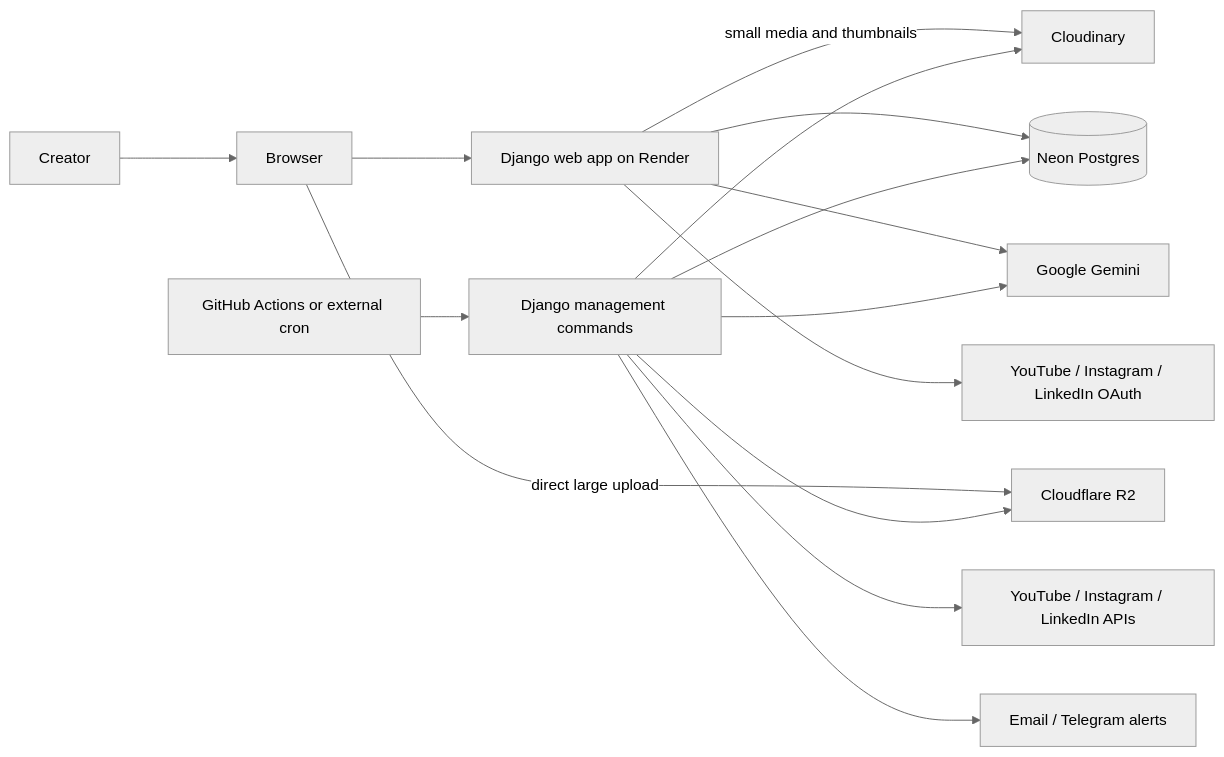
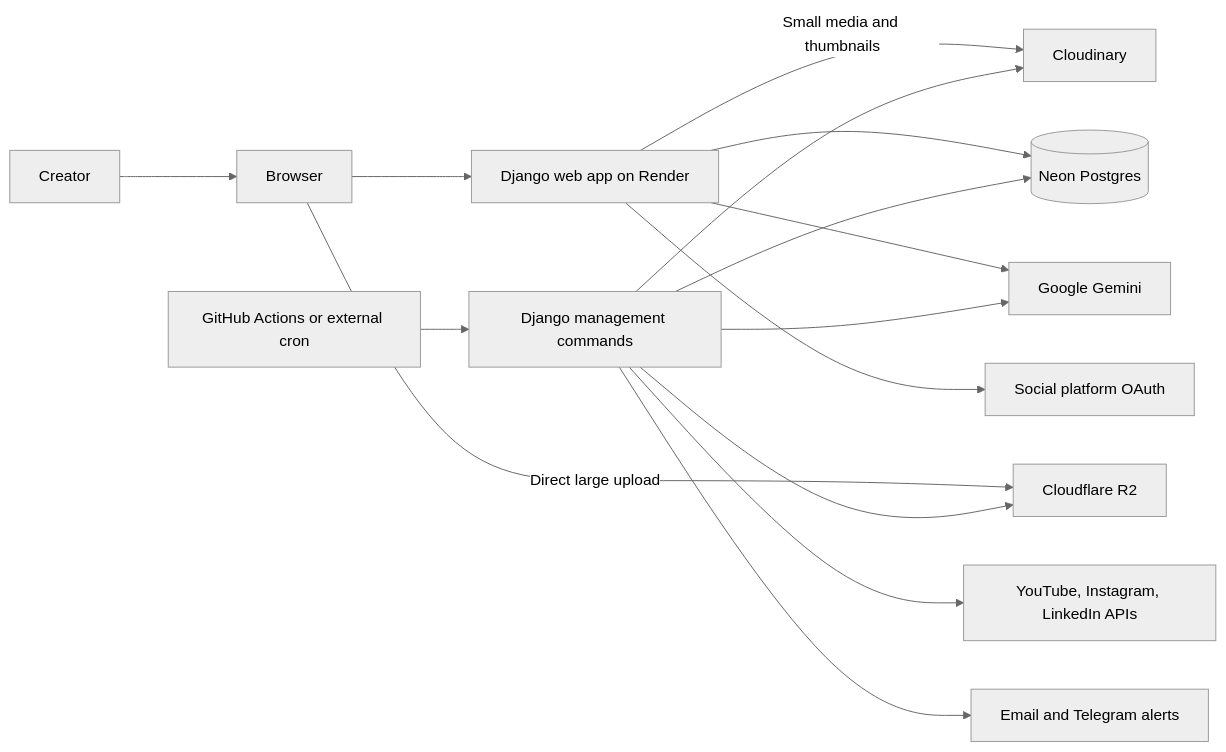
One commit to vennela100/ai-social-media-scheduler changed the first of 5 diagrams in README.md. Above: the diagram before and after it, drawn with Mermaid (neutral theme). The commit also changed other lines of this file, not shown here.

Commit message:
Fix README Mermaid diagrams

````diff
--- a/README.md
+++ b/README.md
@@ -13,18 +13,18 @@
 ```mermaid
 flowchart LR
-    User[Creator] --> Browser[Browser]
-    Browser --> Render[Django web app on Render]
-    Browser -- direct large upload --> R2[Cloudflare R2]
-    Render -- small media and thumbnails --> Cloudinary[Cloudinary]
-    Render --> DB[(Neon Postgres)]
-    Render --> Gemini[Google Gemini]
-    Render --> OAuth[YouTube / Instagram / LinkedIn OAuth]
+    creator["Creator"] --> browser["Browser"]
+    browser --> web["Django web app on Render"]
+    browser -->|"Direct large upload"| r2["Cloudflare R2"]
+    web -->|"Small media and thumbnails"| cloudinary["Cloudinary"]
+    web --> db[("Neon Postgres")]
+    web --> gemini["Google Gemini"]
+    web --> oauth["Social platform OAuth"]
 
-    Cron[GitHub Actions or external cron] --> Commands[Django management commands]
-    Commands --> DB
-    Commands --> Gemini
-    Commands --> R2
-    Commands --> Cloudinary
-    Commands --> Platforms[YouTube / Instagram / LinkedIn APIs]
-    Commands --> Alerts[Email / Telegram alerts]
+    cron["GitHub Actions or external cron"] --> commands["Django management commands"]
+    commands --> db
+    commands --> gemini
+    commands --> r2
+    commands --> cloudinary
+    commands --> platforms["YouTube, Instagram, LinkedIn APIs"]
+    commands --> alerts["Email and Telegram alerts"]
 ```
````
